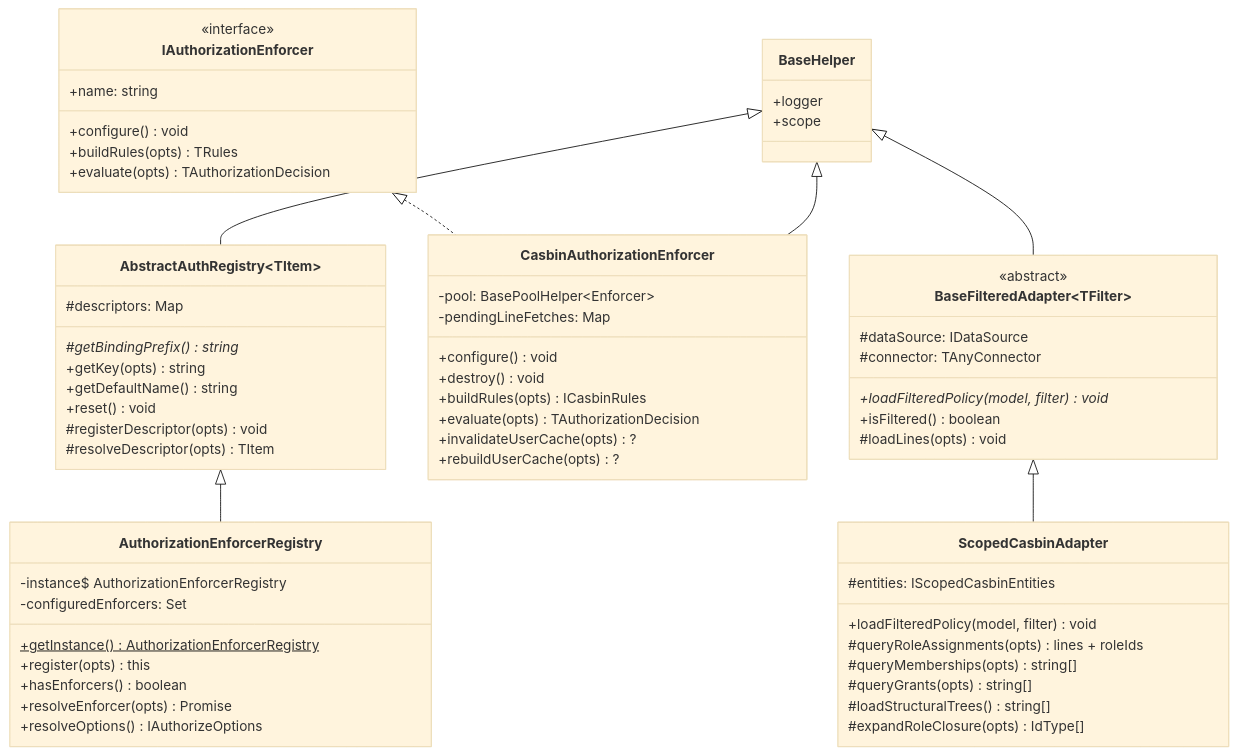
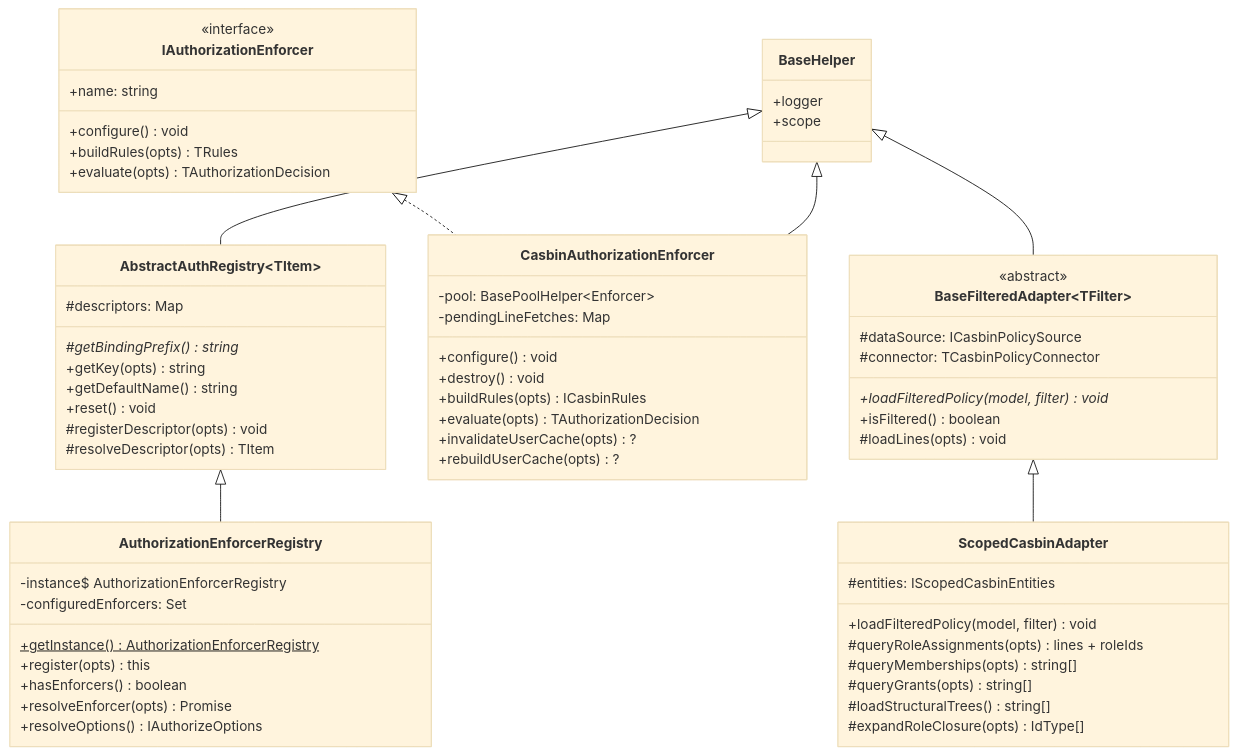
Before and after one commit to VENIZIA-AI/ignis: the third of 6 diagrams in docs/wiki/content/extensions/components/authorization/api.md, drawn with Mermaid (base theme). The commit also changed other lines of this file and 339 other files, not shown here.

````diff
--- a/docs/wiki/content/extensions/components/authorization/api.md
+++ b/docs/wiki/content/extensions/components/authorization/api.md
@@ -74,72 +74,72 @@
 ```mermaid
 classDiagram
     class BaseHelper {
         +logger
         +scope
     }
 
     class AbstractAuthRegistry~TItem~ {
         #descriptors: Map
         #getBindingPrefix()* string
         +getKey(opts) string
         +getDefaultName() string
         +reset() void
         #registerDescriptor(opts) void
         #resolveDescriptor(opts) TItem
     }
 
     class AuthorizationEnforcerRegistry {
         -instance$ AuthorizationEnforcerRegistry
         -configuredEnforcers: Set
         +getInstance()$ AuthorizationEnforcerRegistry
         +register(opts) this
         +hasEnforcers() boolean
         +resolveEnforcer(opts) Promise
         +resolveOptions() IAuthorizeOptions
     }
 
     class IAuthorizationEnforcer {
         <<interface>>
         +name: string
         +configure() void
         +buildRules(opts) TRules
         +evaluate(opts) TAuthorizationDecision
     }
 
     class CasbinAuthorizationEnforcer {
         -pool: BasePoolHelper~Enforcer~
         -pendingLineFetches: Map
         +configure() void
         +destroy() void
         +buildRules(opts) ICasbinRules
         +evaluate(opts) TAuthorizationDecision
         +invalidateUserCache(opts)? 
         +rebuildUserCache(opts)?
     }
 
     class BaseFilteredAdapter~TFilter~ {
         <<abstract>>
-        #dataSource: IDataSource
-        #connector: TAnyConnector
+        #dataSource: ICasbinPolicySource
+        #connector: TCasbinPolicyConnector
         +loadFilteredPolicy(model, filter)* void
         +isFiltered() boolean
         #loadLines(opts) void
     }
 
     class ScopedCasbinAdapter {
         #entities: IScopedCasbinEntities
         +loadFilteredPolicy(model, filter) void
         #queryRoleAssignments(opts) lines + roleIds
         #queryMemberships(opts) string[]
         #queryGrants(opts) string[]
         #loadStructuralTrees() string[]
         #expandRoleClosure(opts) IdType[]
     }
 
     BaseHelper <|-- AbstractAuthRegistry
     AbstractAuthRegistry <|-- AuthorizationEnforcerRegistry
     IAuthorizationEnforcer <|.. CasbinAuthorizationEnforcer
     BaseHelper <|-- CasbinAuthorizationEnforcer
     BaseHelper <|-- BaseFilteredAdapter
     BaseFilteredAdapter <|-- ScopedCasbinAdapter
 ```
````
